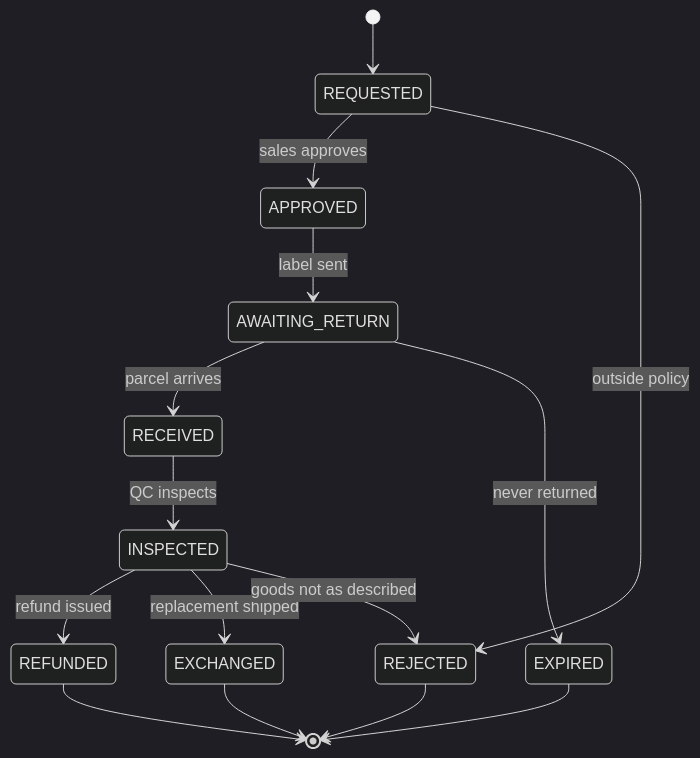
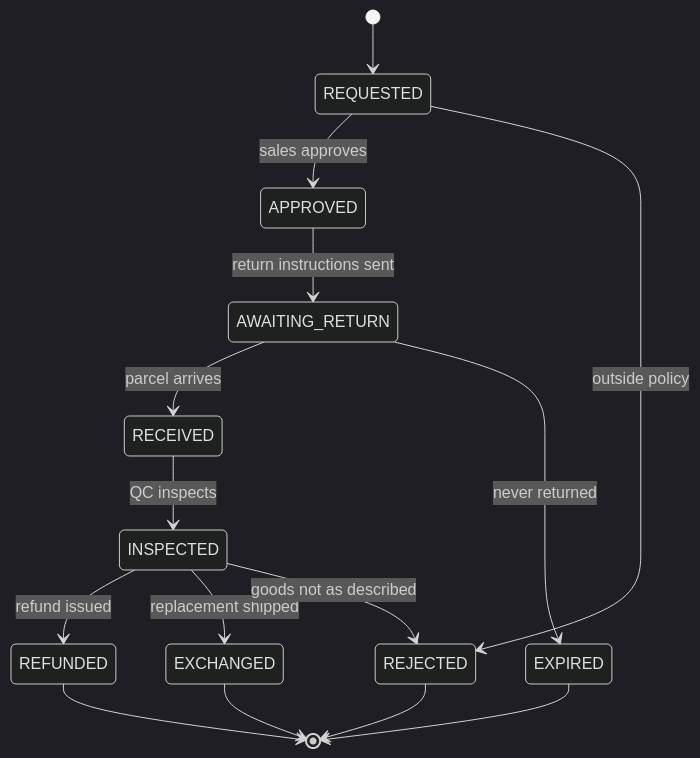
Before and after one commit to KLTN-FA26/be-backoffice-stockflow-commerce: diagram 13 of 17 in docs/business-design/03-state-machines.md, drawn with Mermaid (dark theme). The commit also changed other lines of this file and 14 other files, not shown here.

First line of the commit message:
docs: B2B-only scope, printed cups & packaging, production and subcontracting flows (SCRUM-421)

````diff
--- a/docs/business-design/03-state-machines.md
+++ b/docs/business-design/03-state-machines.md
@@ -466,17 +500,17 @@
 ```mermaid
 stateDiagram-v2
     [*] --> REQUESTED
     REQUESTED --> APPROVED: sales approves
     REQUESTED --> REJECTED: outside policy
-    APPROVED --> AWAITING_RETURN: label sent
+    APPROVED --> AWAITING_RETURN: return instructions sent
     AWAITING_RETURN --> RECEIVED: parcel arrives
     AWAITING_RETURN --> EXPIRED: never returned
     RECEIVED --> INSPECTED: QC inspects
     INSPECTED --> REFUNDED: refund issued
     INSPECTED --> EXCHANGED: replacement shipped
     INSPECTED --> REJECTED: goods not as described
     REFUNDED --> [*]
     EXCHANGED --> [*]
     REJECTED --> [*]
     EXPIRED --> [*]
 ```
````
